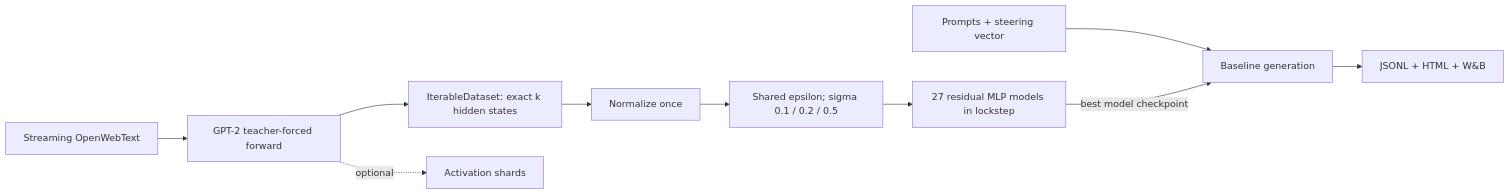
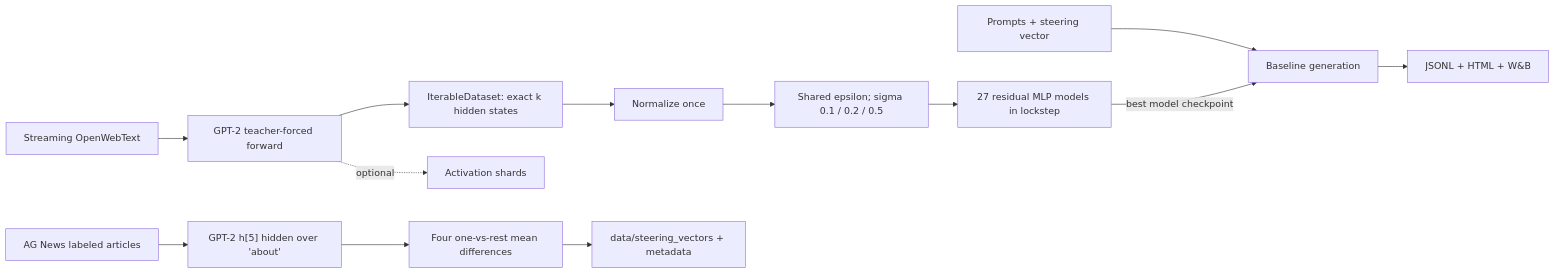
The diagram in docs/architecture.md (MichaelNotDeveloper/steering-recovery), drawn with Mermaid before and after one commit. The commit also changed other lines of this file and 11 other files, not shown here.

Commit message:
Document AG News steering vector generation

````diff
--- a/docs/architecture.md
+++ b/docs/architecture.md
@@ -42,12 +48,15 @@
 ```mermaid
 flowchart LR
     A["Streaming OpenWebText"] --> B["GPT-2 teacher-forced forward"]
     B --> C["IterableDataset: exact k hidden states"]
     C --> D["Normalize once"]
     D --> E["Shared epsilon; sigma 0.1 / 0.2 / 0.5"]
     E --> J["27 residual MLP models in lockstep"]
     B -. "optional" .-> I["Activation shards"]
     F["Prompts + steering vector"] --> G["Baseline generation"]
     J -->|"best model checkpoint"| G
     G --> H["JSONL + HTML + W&B"]
+    K["AG News labeled articles"] --> L["GPT-2 h[5] hidden over 'about'"]
+    L --> M["Four one-vs-rest mean differences"]
+    M --> N["data/steering_vectors + metadata"]
 ```
````
